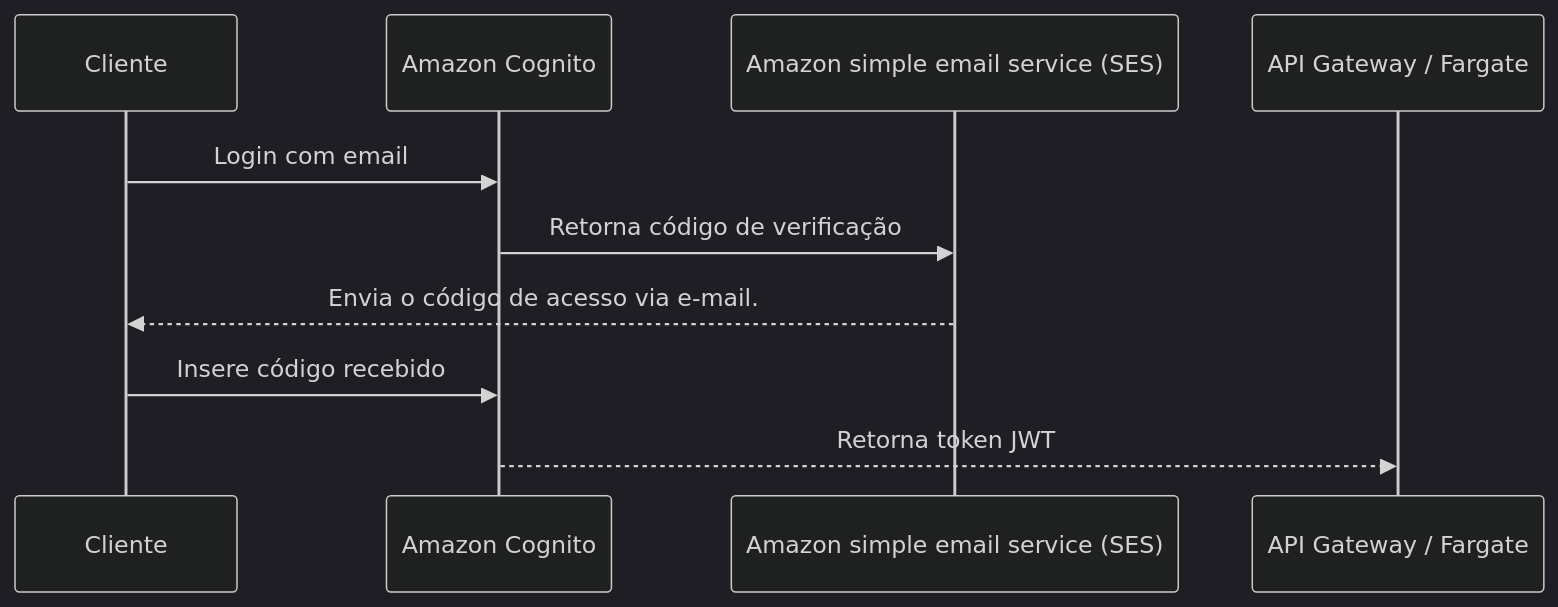
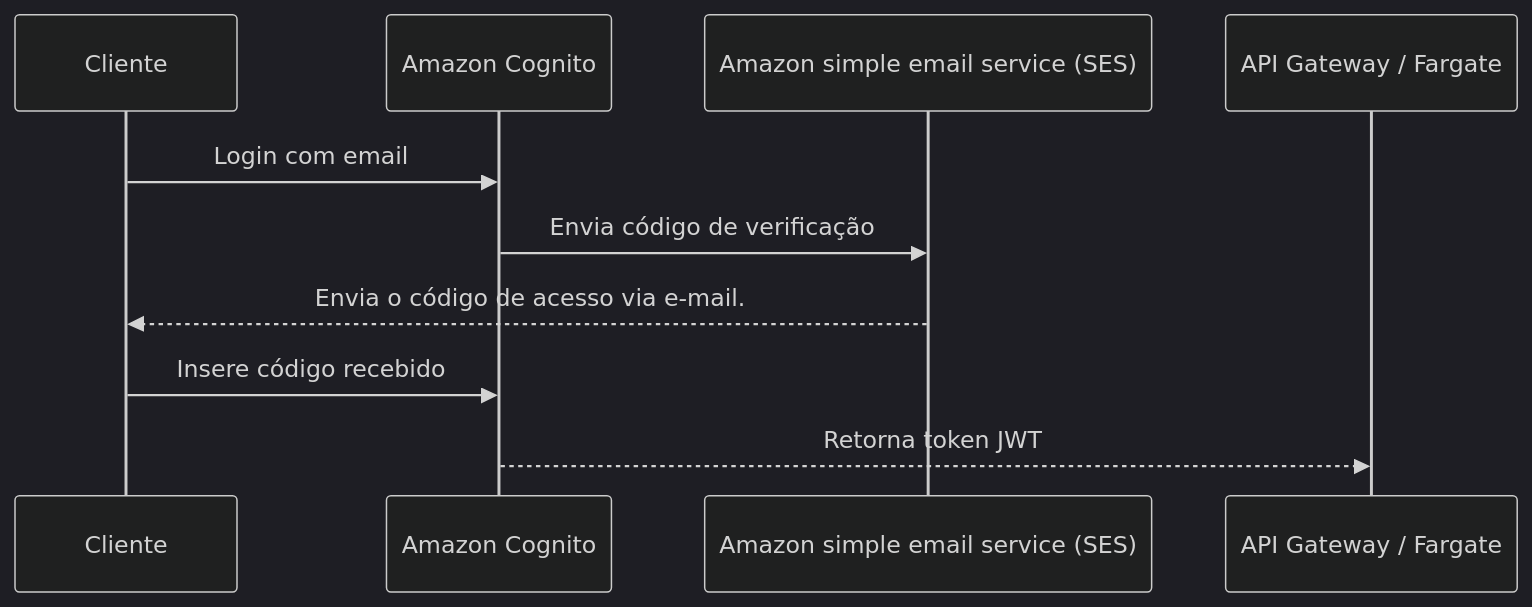
One commit to Gabrielfrahm/train-to-level-up changed the second of 2 diagrams in README.md. Above: the diagram before and after it, drawn with Mermaid (dark theme). The commit also changed other lines of this file, not shown here.

````diff
--- a/README.md
+++ b/README.md
@@ -11,13 +23,13 @@
 ```mermaid
 sequenceDiagram
     participant Cliente
     participant Cognito as Amazon Cognito
     participant SES as Amazon simple email service (SES)
     participant API as API Gateway / Fargate
 
     Cliente->>Cognito:  Login com email
-    Cognito->>SES:  Retorna código de verificação
+    Cognito->>SES:  Envia código de verificação
     SES-->>Cliente: Envia o código de acesso via e-mail.
     Cliente->>Cognito:  Insere código recebido
     Cognito-->>API:  Retorna token JWT
 ```
````
